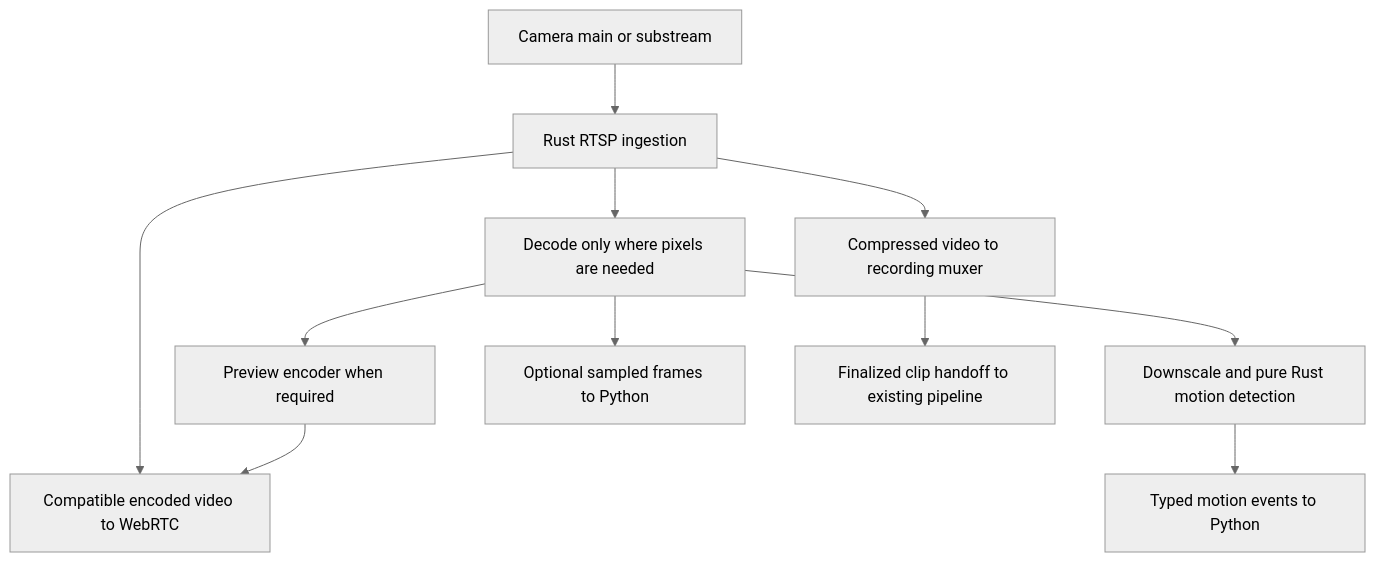
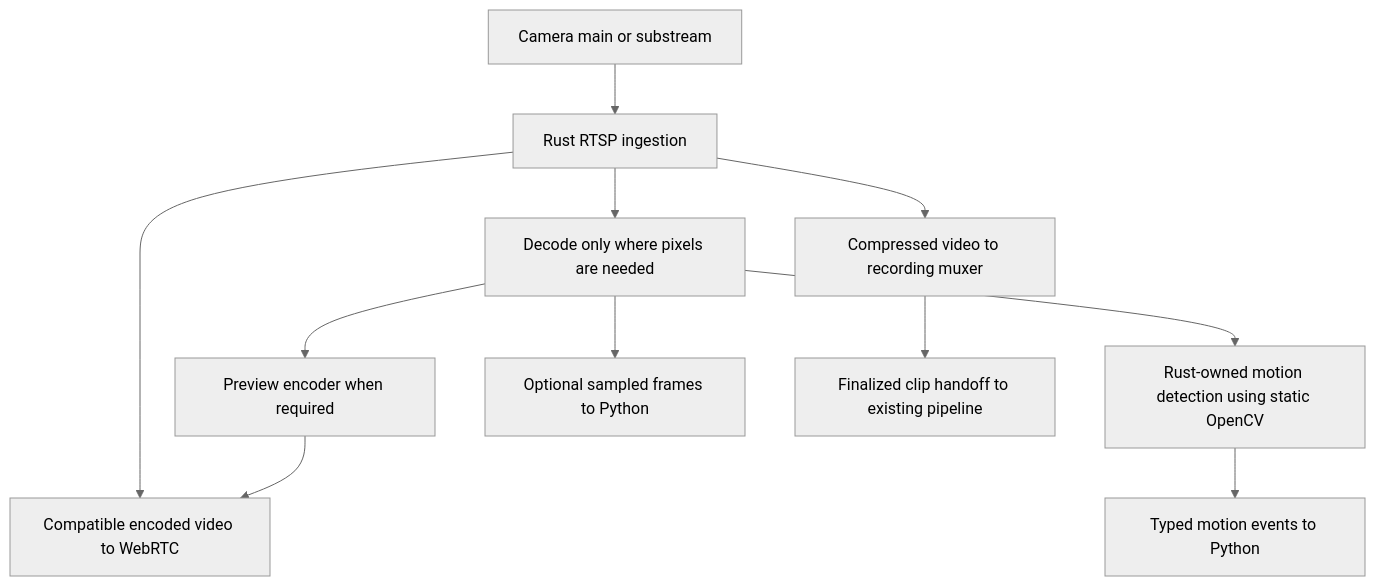
Before and after one commit to lan17/homesec: the diagram in docs/shared-rust-media.md, drawn with Mermaid (neutral theme). The commit also changed other lines of this file and 38 other files, not shown here.

````diff
--- a/docs/shared-rust-media.md
+++ b/docs/shared-rust-media.md
@@ -12,13 +12,13 @@
 ```mermaid
 flowchart TD
     C["Camera main or substream"] --> I["Rust RTSP ingestion"]
     I --> R["Compressed video to recording muxer"]
     I --> W["Compatible encoded video to WebRTC"]
     I --> D["Decode only where pixels are needed"]
-    D --> M["Downscale and pure Rust motion detection"]
+    D --> M["Rust-owned motion detection using static OpenCV"]
     D --> E["Preview encoder when required"]
     E --> W
     D --> P["Optional sampled frames to Python"]
     M --> O["Typed motion events to Python"]
     R --> F["Finalized clip handoff to existing pipeline"]
 ```
````
